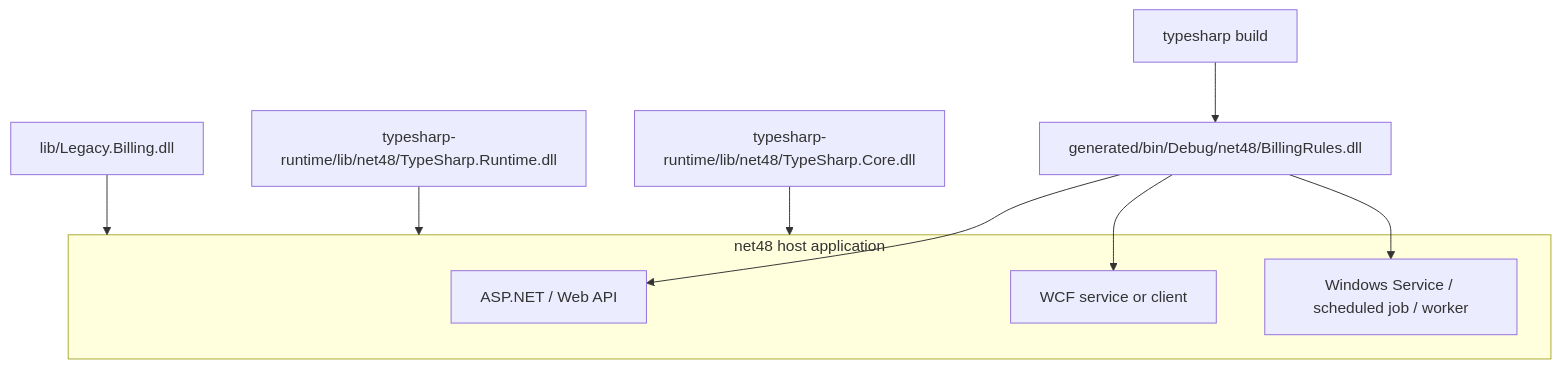
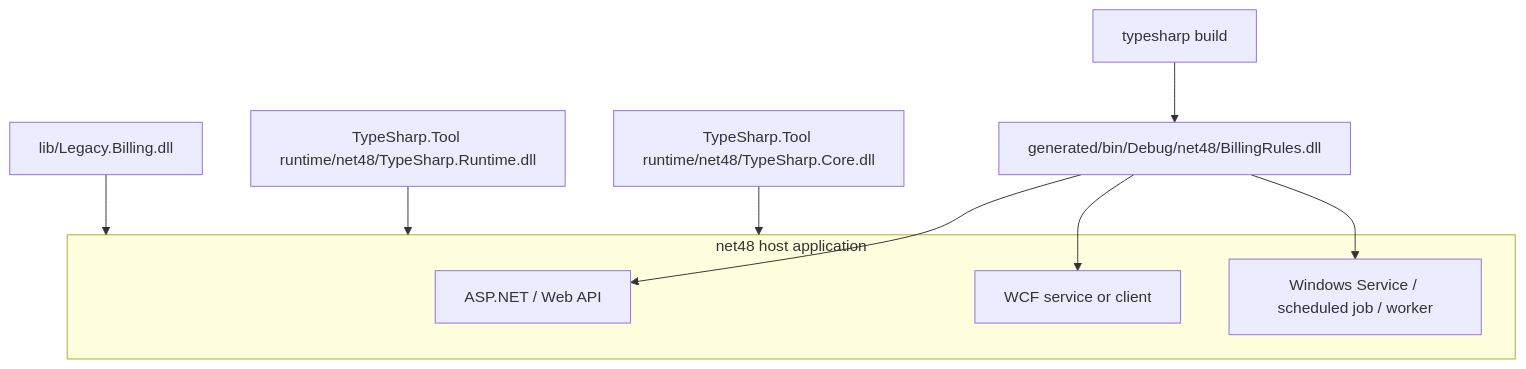
One commit to naramdash/TypeSharp changed the third of 3 diagrams in docs/src/content/docs/runtime-artifacts.md. Above: the diagram before and after it, drawn with Mermaid. The commit also changed other lines of this file and 37 other files, not shown here.

````diff
--- a/docs/src/content/docs/runtime-artifacts.md
+++ b/docs/src/content/docs/runtime-artifacts.md
@@ -221,22 +221,22 @@
 ```mermaid
 flowchart TD
   Build["typesharp build"]
   GeneratedDll["generated/bin/Debug/net48/BillingRules.dll"]
-  CoreDll["typesharp-runtime/lib/net48/TypeSharp.Core.dll"]
-  RuntimeDll["typesharp-runtime/lib/net48/TypeSharp.Runtime.dll"]
+  CoreDll["TypeSharp.Tool runtime/net48/TypeSharp.Core.dll"]
+  RuntimeDll["TypeSharp.Tool runtime/net48/TypeSharp.Runtime.dll"]
   LegacyDll["lib/Legacy.Billing.dll"]
 
   subgraph Host["net48 host application"]
     AspNet["ASP.NET / Web API"]
     Wcf["WCF service or client"]
     Worker["Windows Service / scheduled job / worker"]
   end
 
   Build --> GeneratedDll
   GeneratedDll --> AspNet
   GeneratedDll --> Wcf
   GeneratedDll --> Worker
   CoreDll --> Host
   RuntimeDll --> Host
   LegacyDll --> Host
 ```
````
